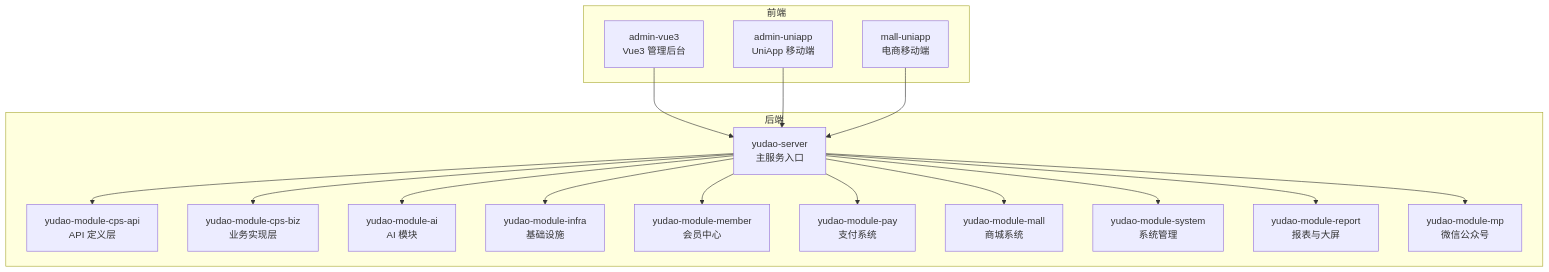
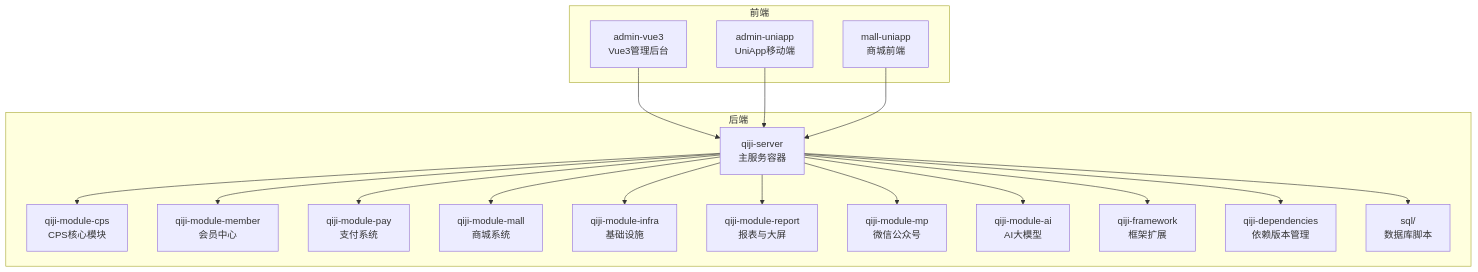
Before and after one commit to zhuangpengLI/AgenticCPS: the first of 6 diagrams in .qoder/repowiki/zh/content/开发指南/开发指南.md, drawn with Mermaid. The commit also changed other lines of this file and 355 other files, not shown here.

````diff
--- a/.qoder/repowiki/zh/content/开发指南/开发指南.md
+++ b/.qoder/repowiki/zh/content/开发指南/开发指南.md
@@ -34,34 +51,36 @@
 ```mermaid
 graph TB
 subgraph "后端"
-Server["yudao-server<br/>主服务入口"]
-CPS_API["yudao-module-cps-api<br/>API 定义层"]
-CPS_BIZ["yudao-module-cps-biz<br/>业务实现层"]
-AI_Module["yudao-module-ai<br/>AI 模块"]
-Infra["yudao-module-infra<br/>基础设施"]
-Member["yudao-module-member<br/>会员中心"]
-Pay["yudao-module-pay<br/>支付系统"]
-Mall["yudao-module-mall<br/>商城系统"]
-System["yudao-module-system<br/>系统管理"]
-Report["yudao-module-report<br/>报表与大屏"]
-MP["yudao-module-mp<br/>微信公众号"]
+Server["qiji-server<br/>主服务容器"]
+ModuleCPS["qiji-module-cps<br/>CPS核心模块"]
+ModuleMember["qiji-module-member<br/>会员中心"]
+ModulePay["qiji-module-pay<br/>支付系统"]
+ModuleMall["qiji-module-mall<br/>商城系统"]
+ModuleInfra["qiji-module-infra<br/>基础设施"]
+ModuleReport["qiji-module-report<br/>报表与大屏"]
+ModuleMP["qiji-module-mp<br/>微信公众号"]
+ModuleAI["qiji-module-ai<br/>AI大模型"]
+Framework["qiji-framework<br/>框架扩展"]
+Deps["qiji-dependencies<br/>依赖版本管理"]
+SQL["sql/<br/>数据库脚本"]
 end
 subgraph "前端"
-AdminVue3["admin-vue3<br/>Vue3 管理后台"]
-AdminUniApp["admin-uniapp<br/>UniApp 移动端"]
-MallUniApp["mall-uniapp<br/>电商移动端"]
+AdminVue3["admin-vue3<br/>Vue3管理后台"]
+AdminUniApp["admin-uniapp<br/>UniApp移动端"]
+MallUniApp["mall-uniapp<br/>商城前端"]
 end
-Server --> CPS_API
-Server --> CPS_BIZ
-Server --> AI_Module
-Server --> Infra
-Server --> Member
-Server --> Pay
-Server --> Mall
-Server --> System
-Server --> Report
-Server --> MP
+Server --> ModuleCPS
+Server --> ModuleMember
+Server --> ModulePay
+Server --> ModuleMall
+Server --> ModuleInfra
+Server --> ModuleReport
+Server --> ModuleMP
+Server --> ModuleAI
+Server --> Framework
+Server --> Deps
+Server --> SQL
 AdminVue3 --> Server
 AdminUniApp --> Server
 MallUniApp --> Server
 ```
````
